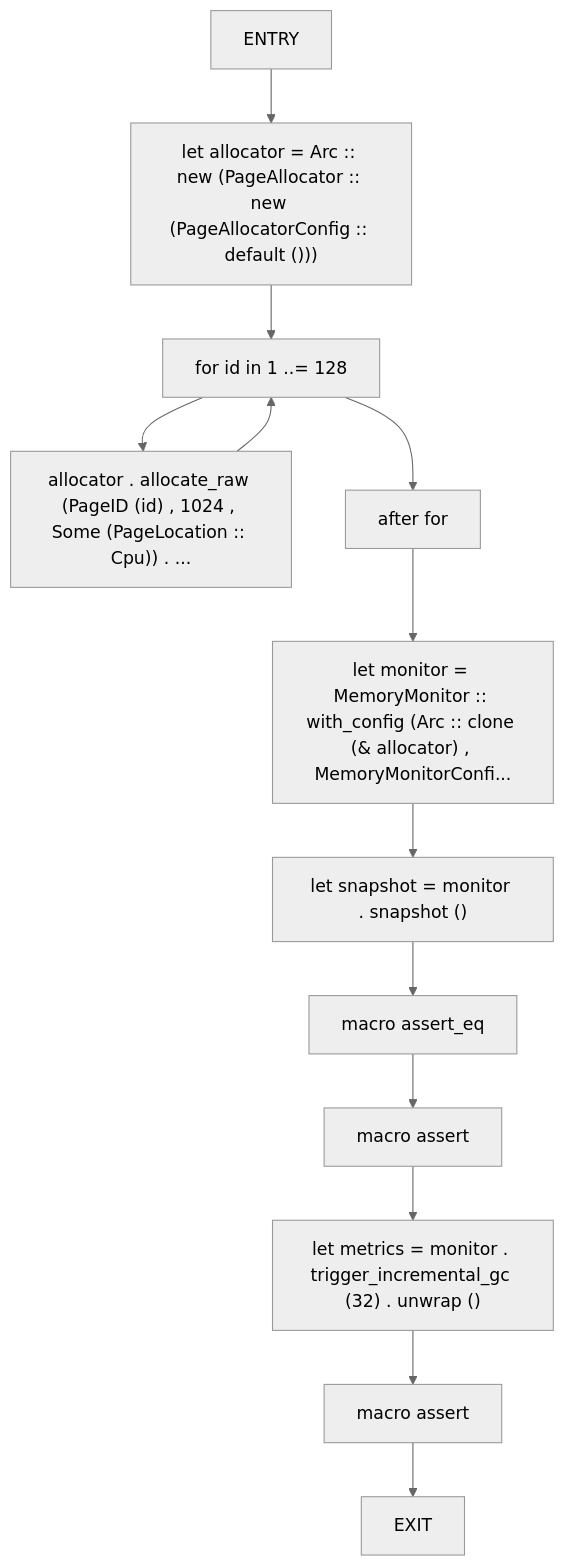
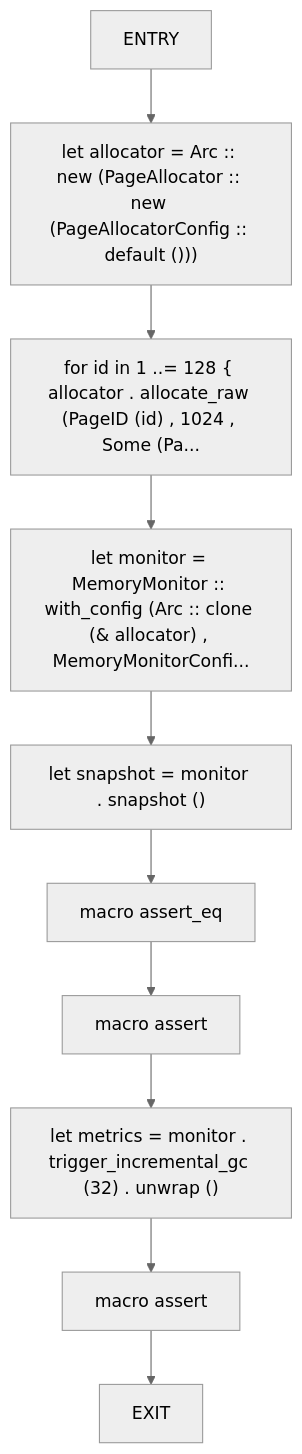
One commit to cicero-violate/MMSB changed diagram 17 of 52 in docs/analysis/cfg/100-tests.md. Above: the diagram before and after it, drawn with Mermaid (neutral theme). The commit also changed other lines of this file and 865 other files, not shown here.

````diff
--- a/docs/analysis/cfg/100-tests.md
+++ b/docs/analysis/cfg/100-tests.md
@@ -465,27 +388,22 @@
 ```mermaid
 flowchart TD
     memory_monitor_enforces_limits_0["ENTRY"]
     memory_monitor_enforces_limits_1["let allocator = Arc :: new (PageAllocator :: new (PageAllocatorConfig :: default ()))"]
-    memory_monitor_enforces_limits_2["for id in 1 ..= 128"]
-    memory_monitor_enforces_limits_3["allocator . allocate_raw (PageID (id) , 1024 , Some (PageLocation :: Cpu)) . ..."]
-    memory_monitor_enforces_limits_4["after for"]
-    memory_monitor_enforces_limits_5["let monitor = MemoryMonitor :: with_config (Arc :: clone (& allocator) , MemoryMonitorConfi..."]
-    memory_monitor_enforces_limits_6["let snapshot = monitor . snapshot ()"]
-    memory_monitor_enforces_limits_7["macro assert_eq"]
+    memory_monitor_enforces_limits_2["for id in 1 ..= 128 { allocator . allocate_raw (PageID (id) , 1024 , Some (Pa..."]
+    memory_monitor_enforces_limits_3["let monitor = MemoryMonitor :: with_config (Arc :: clone (& allocator) , MemoryMonitorConfi..."]
+    memory_monitor_enforces_limits_4["let snapshot = monitor . snapshot ()"]
+    memory_monitor_enforces_limits_5["macro assert_eq"]
+    memory_monitor_enforces_limits_6["macro assert"]
+    memory_monitor_enforces_limits_7["let metrics = monitor . trigger_incremental_gc (32) . unwrap ()"]
     memory_monitor_enforces_limits_8["macro assert"]
-    memory_monitor_enforces_limits_9["let metrics = monitor . trigger_incremental_gc (32) . unwrap ()"]
-    memory_monitor_enforces_limits_10["macro assert"]
-    memory_monitor_enforces_limits_11["EXIT"]
+    memory_monitor_enforces_limits_9["EXIT"]
     memory_monitor_enforces_limits_0 --> memory_monitor_enforces_limits_1
     memory_monitor_enforces_limits_1 --> memory_monitor_enforces_limits_2
     memory_monitor_enforces_limits_2 --> memory_monitor_enforces_limits_3
-    memory_monitor_enforces_limits_3 --> memory_monitor_enforces_limits_2
-    memory_monitor_enforces_limits_2 --> memory_monitor_enforces_limits_4
+    memory_monitor_enforces_limits_3 --> memory_monitor_enforces_limits_4
     memory_monitor_enforces_limits_4 --> memory_monitor_enforces_limits_5
     memory_monitor_enforces_limits_5 --> memory_monitor_enforces_limits_6
     memory_monitor_enforces_limits_6 --> memory_monitor_enforces_limits_7
     memory_monitor_enforces_limits_7 --> memory_monitor_enforces_limits_8
     memory_monitor_enforces_limits_8 --> memory_monitor_enforces_limits_9
-    memory_monitor_enforces_limits_9 --> memory_monitor_enforces_limits_10
-    memory_monitor_enforces_limits_10 --> memory_monitor_enforces_limits_11
 ```
````
